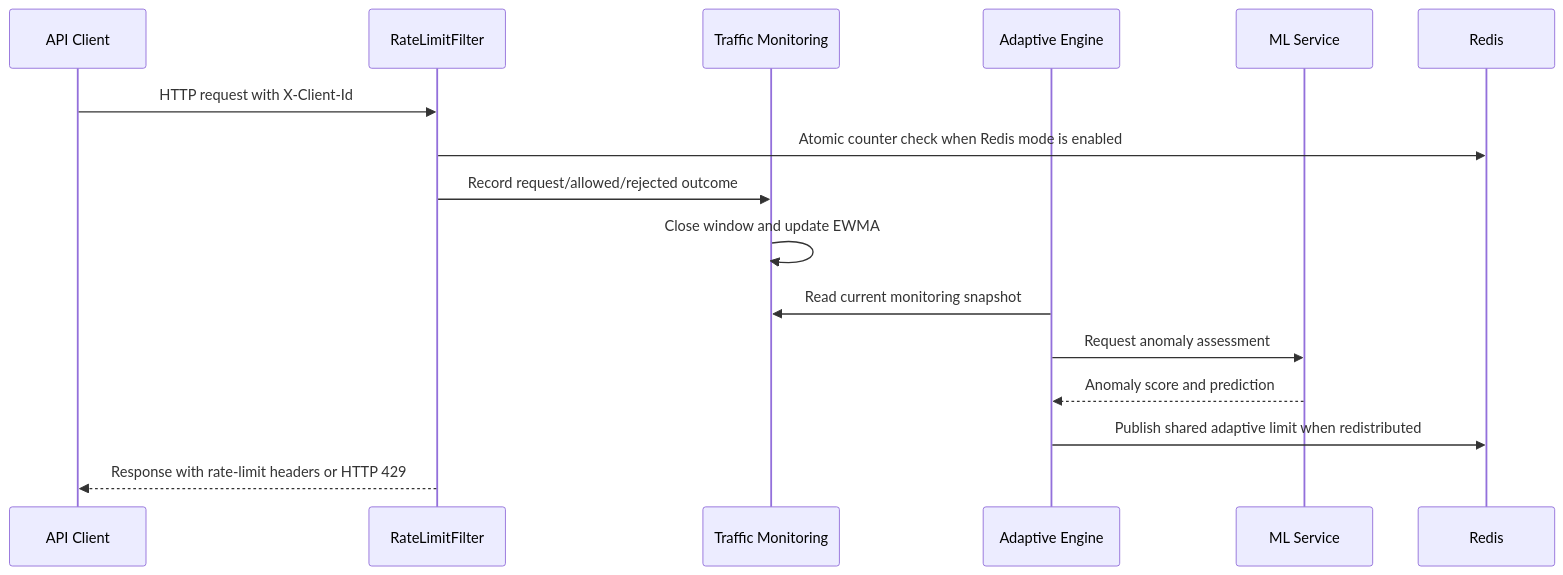
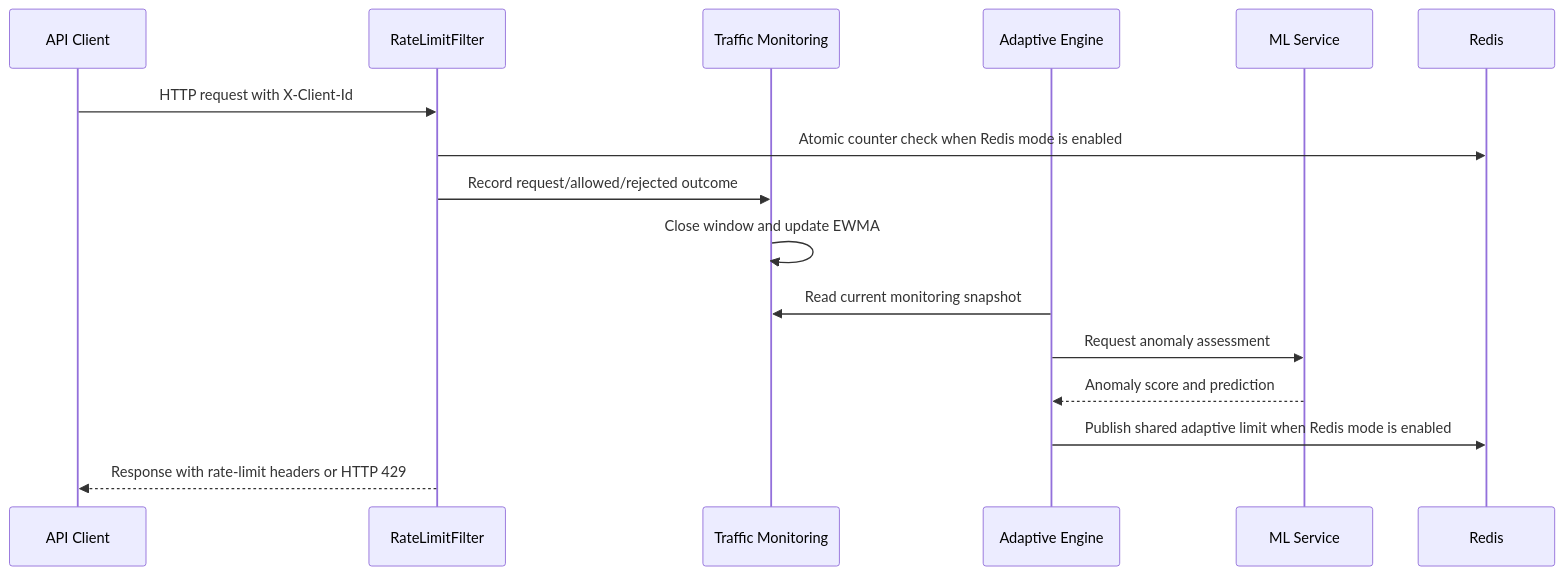
One commit to pragya638/adaptive-rate-limiter changed the second of 2 diagrams in README.md. Above: the diagram before and after it, drawn with Mermaid. The commit also changed other lines of this file, not shown here.

````diff
--- a/README.md
+++ b/README.md
@@ -64,19 +72,19 @@
 ```mermaid
 sequenceDiagram
     participant C as API Client
     participant F as RateLimitFilter
     participant M as Traffic Monitoring
     participant A as Adaptive Engine
     participant ML as ML Service
     participant R as Redis
 
     C->>F: HTTP request with X-Client-Id
     F->>R: Atomic counter check when Redis mode is enabled
     F->>M: Record request/allowed/rejected outcome
     M->>M: Close window and update EWMA
     A->>M: Read current monitoring snapshot
     A->>ML: Request anomaly assessment
     ML-->>A: Anomaly score and prediction
-    A->>R: Publish shared adaptive limit when redistributed
+    A->>R: Publish shared adaptive limit when Redis mode is enabled
     F-->>C: Response with rate-limit headers or HTTP 429
 ```
````
